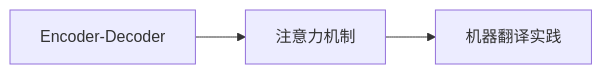
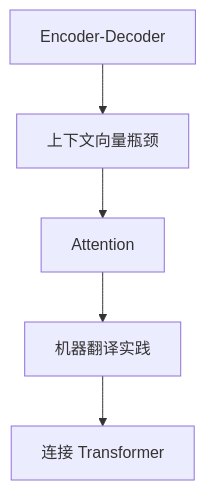
Before and after one commit to oudbiao/AI-fullstack-course: the second of 2 diagrams in docs/stage7/ch05-seq2seq/00-roadmap.md, drawn with Mermaid. The commit also changed other lines of this file and 13 other files, not shown here.

````diff
--- a/docs/stage7/ch05-seq2seq/00-roadmap.md
+++ b/docs/stage7/ch05-seq2seq/00-roadmap.md
@@ -16,5 +31,7 @@
 ```mermaid
-flowchart LR
-    A["Encoder-Decoder"] --> B["注意力机制"]
-    B --> C["机器翻译实践"]
+flowchart TD
+  A[Encoder-Decoder] --> B[上下文向量瓶颈]
+  B --> C[Attention]
+  C --> D[机器翻译实践]
+  D --> E[连接 Transformer]
 ```
````
